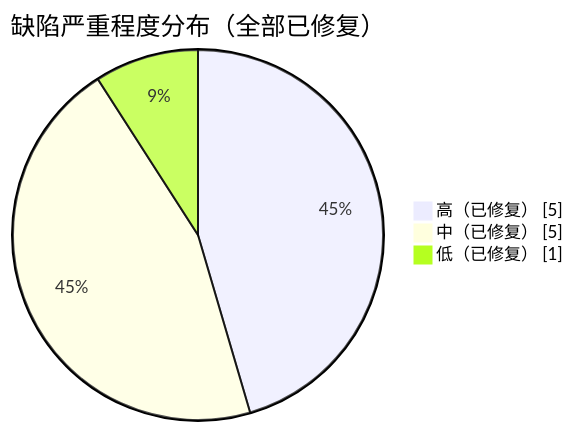
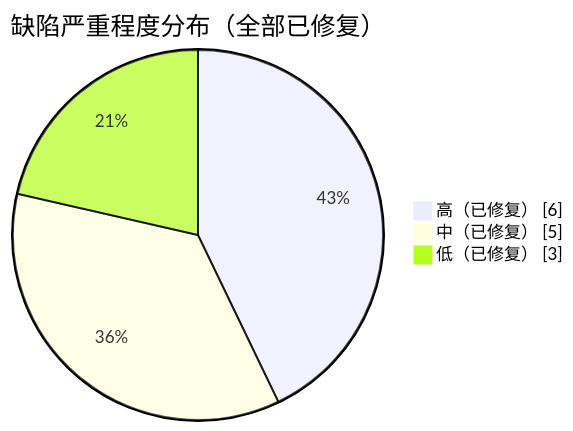
The fourth of 4 diagrams in docs/test/测试报告.md (FeiTwnd/lanchat), drawn with Mermaid before and after one commit. The commit also changed other lines of this file and 2 other files, not shown here.

````diff
--- a/docs/test/测试报告.md
+++ b/docs/test/测试报告.md
@@ -407,6 +415,6 @@
 ```mermaid
 pie showData title 缺陷严重程度分布（全部已修复）
-    "高（已修复）" : 5
+    "高（已修复）" : 6
     "中（已修复）" : 5
-    "低（已修复）" : 1
+    "低（已修复）" : 3
 ```
````
